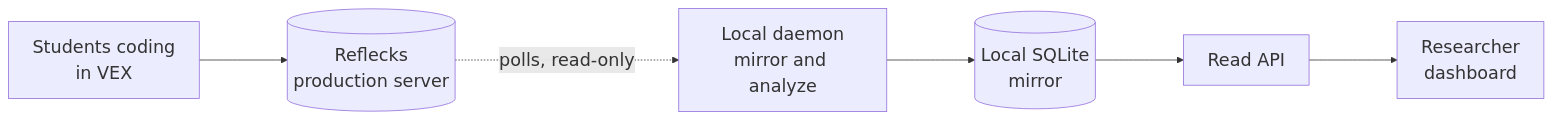
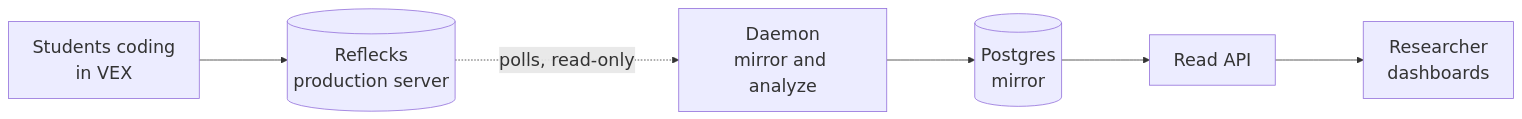
Before and after one commit to InviteInstitute/lm-dashboard: the first of 2 diagrams in docs/index.md, drawn with Mermaid. The commit also changed other lines of this file and 30 other files, not shown here.

````diff
--- a/docs/index.md
+++ b/docs/index.md
@@ -15,9 +15,9 @@
 ```mermaid
 %%{init: {"flowchart": {"nodeSpacing": 90, "rankSpacing": 110}, "themeVariables": {"fontSize": "22px"}}}%%
 flowchart LR
     students["Students coding<br/>in VEX"] --> prod[("Reflecks<br/>production server")]
-    prod -. "polls, read-only" .-> daemon["Local daemon<br/>mirror and analyze"]
-    daemon --> sqlite[("Local SQLite<br/>mirror")]
-    sqlite --> api["Read API"]
-    api --> dash["Researcher<br/>dashboard"]
+    prod -. "polls, read-only" .-> daemon["Daemon<br/>mirror and analyze"]
+    daemon --> pg[("Postgres<br/>mirror")]
+    pg --> api["Read API"]
+    api --> dash["Researcher<br/>dashboards"]
 ```
````
